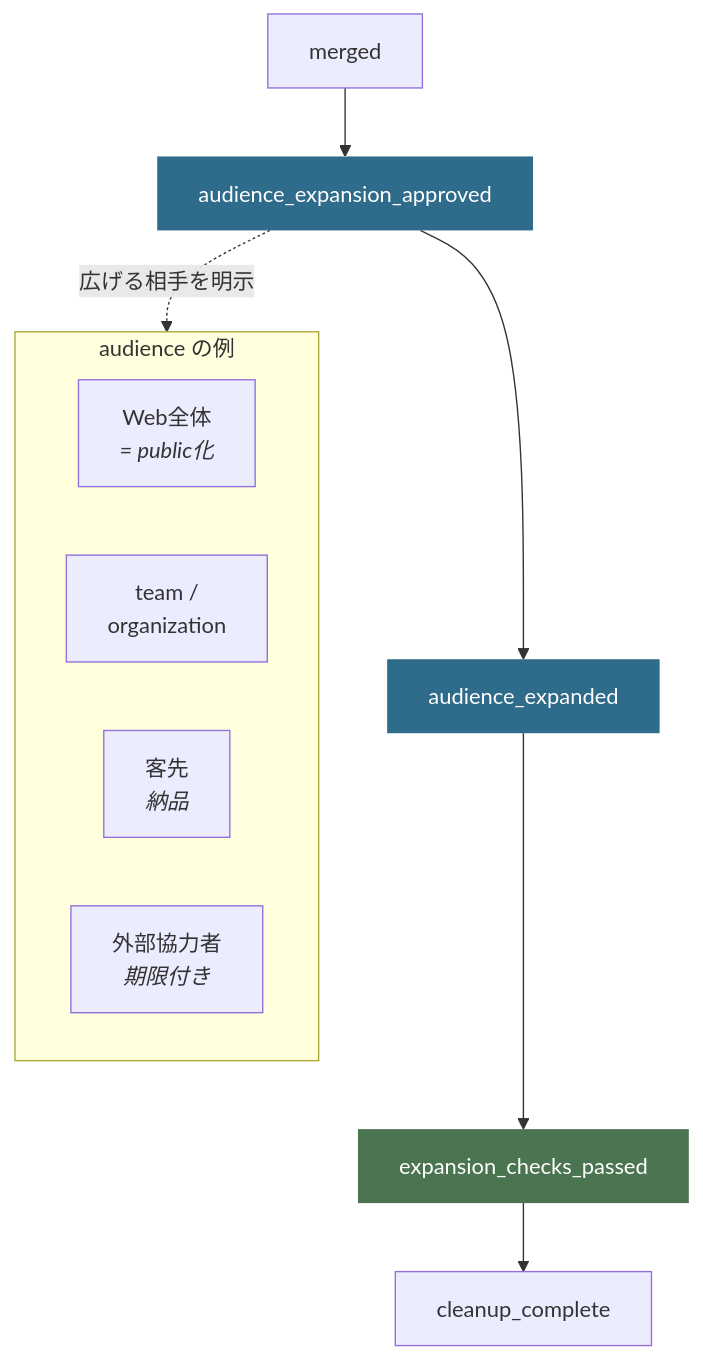
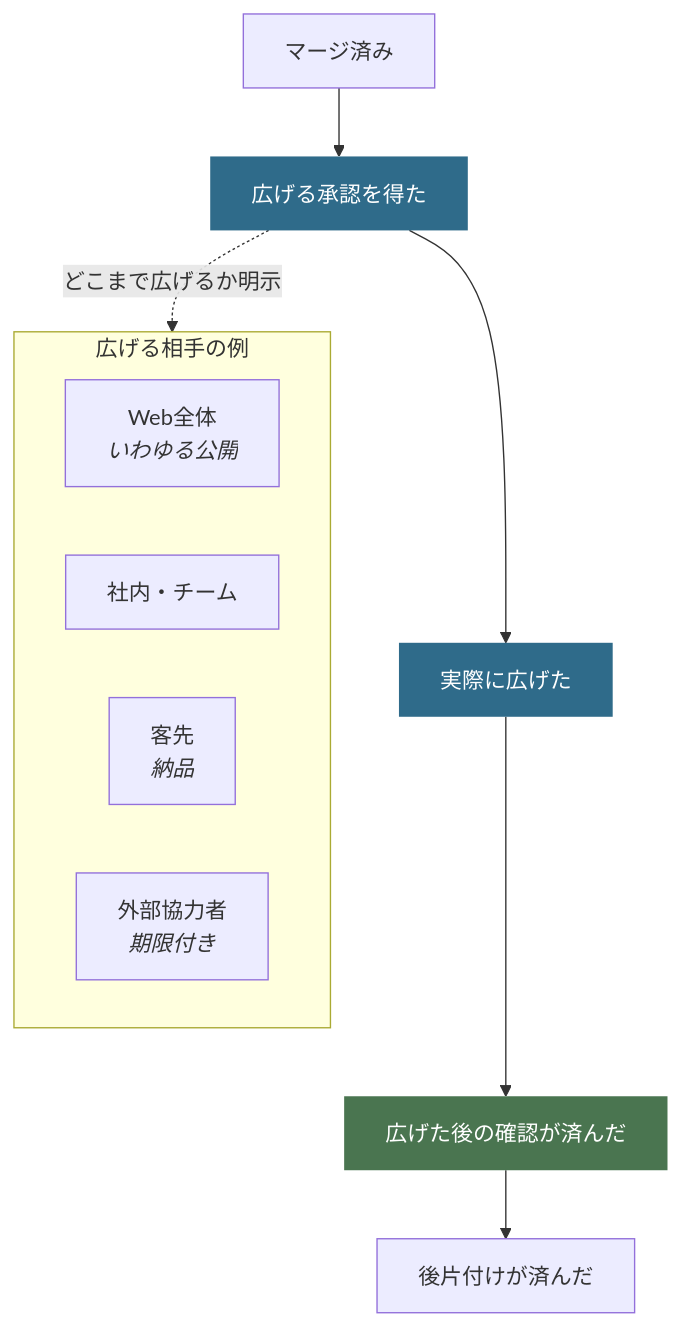
One commit to nexus-ai-2045/repo-preflight changed the second of 2 diagrams in README.md. Above: the diagram before and after it, drawn with Mermaid. The commit also changed other lines of this file, not shown here.

````diff
--- a/README.md
+++ b/README.md
@@ -219,21 +173,21 @@
 ```mermaid
 flowchart TD
-    M[merged] --> AA[audience_expansion_approved]
-    AA --> AE[audience_expanded]
-    AE --> EC[expansion_checks_passed]
-    EC --> CU[cleanup_complete]
+    M[マージ済み] --> AA[広げる承認を得た]
+    AA --> AE[実際に広げた]
+    AE --> EC[広げた後の確認が済んだ]
+    EC --> CU[後片付けが済んだ]
 
-    AA -.広げる相手を明示.-> AUD
+    AA -.どこまで広げるか明示.-> AUD
 
-    subgraph AUD["audience の例"]
+    subgraph AUD["広げる相手の例"]
       direction LR
-      W["Web全体<br/><i>= public化</i>"]
-      T["team /<br/>organization"]
+      W["Web全体<br/><i>いわゆる公開</i>"]
+      T["社内・チーム"]
       C["客先<br/><i>納品</i>"]
       X["外部協力者<br/><i>期限付き</i>"]
     end
 
     style AA fill:#2F6B8A,color:#fff,stroke:none
     style AE fill:#2F6B8A,color:#fff,stroke:none
     style EC fill:#4A7550,color:#fff,stroke:none
 ```
````
